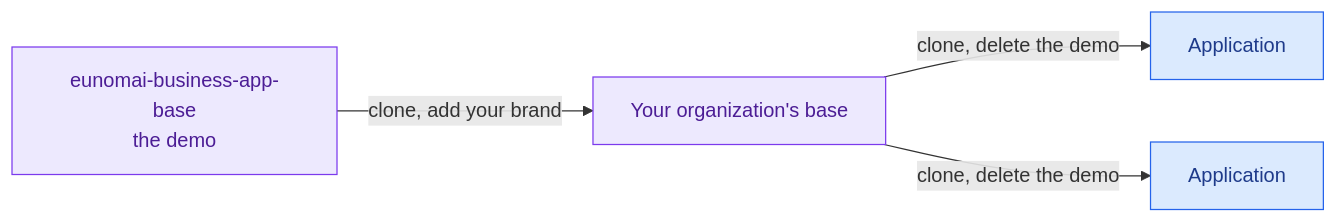
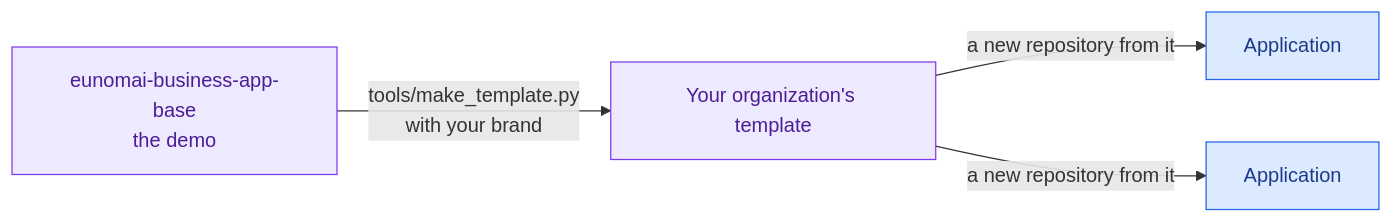
The diagram in README.md (grojof/eunomai-business-app-base), drawn with Mermaid before and after one commit. The commit also changed other lines of this file and 3 other files, not shown here.

First line of the commit message:
tools/update_application.py: an application takes a newer template on a branch, its own changes kept (#34)

````diff
--- a/README.md
+++ b/README.md
@@ -13,10 +13,10 @@
 ```mermaid
 flowchart LR
-    b[eunomai-business-app-base<br/>the demo] -->|clone, add your brand| o[Your organization's base]
-    o -->|clone, delete the demo| a[Application]
-    o -->|clone, delete the demo| c[Application]
+    b[eunomai-business-app-base<br/>the demo] -->|tools/make_template.py<br/>with your brand| o[Your organization's template]
+    o -->|a new repository from it| a[Application]
+    o -->|a new repository from it| c[Application]
     classDef data fill:#ede9fe,stroke:#7c3aed,color:#4c1d95
     classDef step fill:#dbeafe,stroke:#2563eb,color:#1e3a8a
     class b,o data
     class a,c step
 ```
````
